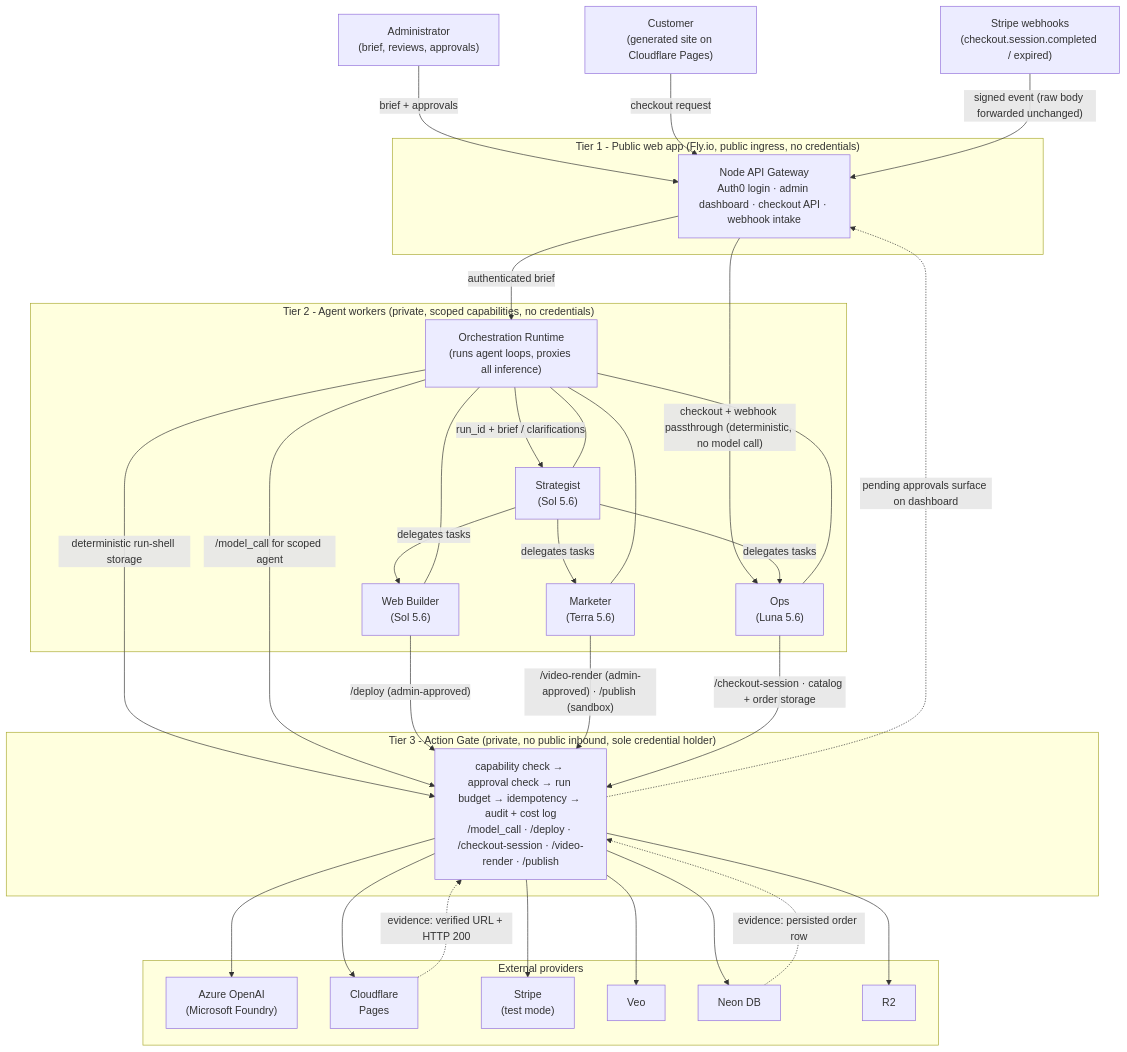
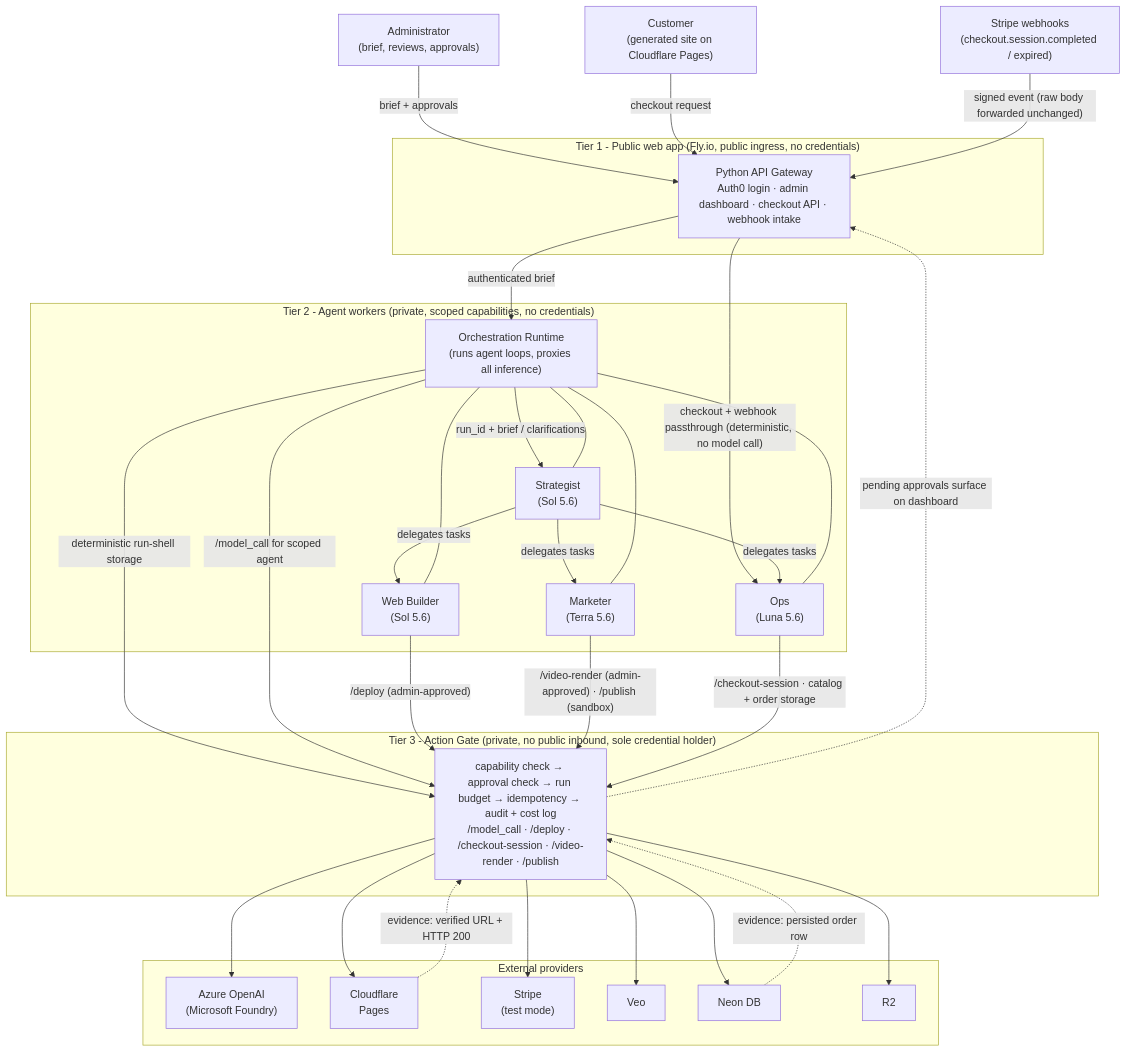
Before and after one commit to Bhardwaj-Saurabh/EPYHIA_AI_agency: the diagram in DESIGN.md, drawn with Mermaid. The commit also changed other lines of this file, not shown here.

First line of the commit message:
Amend DESIGN.md: backend language is Python (FastAPI), not Node

````diff
--- a/DESIGN.md
+++ b/DESIGN.md
@@ -17,64 +17,64 @@
 ```mermaid
 flowchart TD
     Admin["Administrator<br/>(brief, reviews, approvals)"]
     Customer["Customer<br/>(generated site on Cloudflare Pages)"]
     StripeWH["Stripe webhooks<br/>(checkout.session.completed / expired)"]
 
     subgraph T1["Tier 1 - Public web app (Fly.io, public ingress, no credentials)"]
-        API["Node API Gateway<br/>Auth0 login · admin dashboard · checkout API · webhook intake"]
+        API["Python API Gateway<br/>Auth0 login · admin dashboard · checkout API · webhook intake"]
     end
 
     subgraph T2["Tier 2 - Agent workers (private, scoped capabilities, no credentials)"]
         Runtime["Orchestration Runtime<br/>(runs agent loops, proxies all inference)"]
         Strategist["Strategist<br/>(Sol 5.6)"]
         WebBuilder["Web Builder<br/>(Sol 5.6)"]
         Marketer["Marketer<br/>(Terra 5.6)"]
         Ops["Ops<br/>(Luna 5.6)"]
     end
 
     subgraph T3["Tier 3 - Action Gate (private, no public inbound, sole credential holder)"]
         Gate["capability check → approval check → run budget → idempotency → audit + cost log<br/>/model_call · /deploy · /checkout-session · /video-render · /publish"]
     end
 
     subgraph EXT["External providers"]
         OpenAI["Azure OpenAI<br/>(Microsoft Foundry)"]
         CF["Cloudflare<br/>Pages"]
         Stripe["Stripe<br/>(test mode)"]
         Veo["Veo"]
         Neon["Neon DB"]
         R2["R2"]
     end
 
     Admin -->|brief + approvals| API
     Customer -->|checkout request| API
     StripeWH -->|"signed event (raw body forwarded unchanged)"| API
 
     API -->|authenticated brief| Runtime
     Runtime -->|deterministic run-shell storage| Gate
     Runtime -->|run_id + brief / clarifications| Strategist
     API -->|"checkout + webhook passthrough (deterministic, no model call)"| Ops
     Strategist -->|delegates tasks| WebBuilder
     Strategist -->|delegates tasks| Marketer
     Strategist -->|delegates tasks| Ops
 
     Strategist --- Runtime
     WebBuilder --- Runtime
     Marketer --- Runtime
     Ops --- Runtime
     Runtime -->|"/model_call for scoped agent"| Gate
 
     WebBuilder -->|"/deploy (admin-approved)"| Gate
     Marketer -->|"/video-render (admin-approved) · /publish (sandbox)"| Gate
     Ops -->|"/checkout-session · catalog + order storage"| Gate
 
     Gate -.->|"pending approvals surface on dashboard"| API
     CF -.->|"evidence: verified URL + HTTP 200"| Gate
     Neon -.->|"evidence: persisted order row"| Gate
 
     Gate --> OpenAI
     Gate --> CF
     Gate --> Stripe
     Gate --> Veo
     Gate --> Neon
     Gate --> R2
 ```
````
